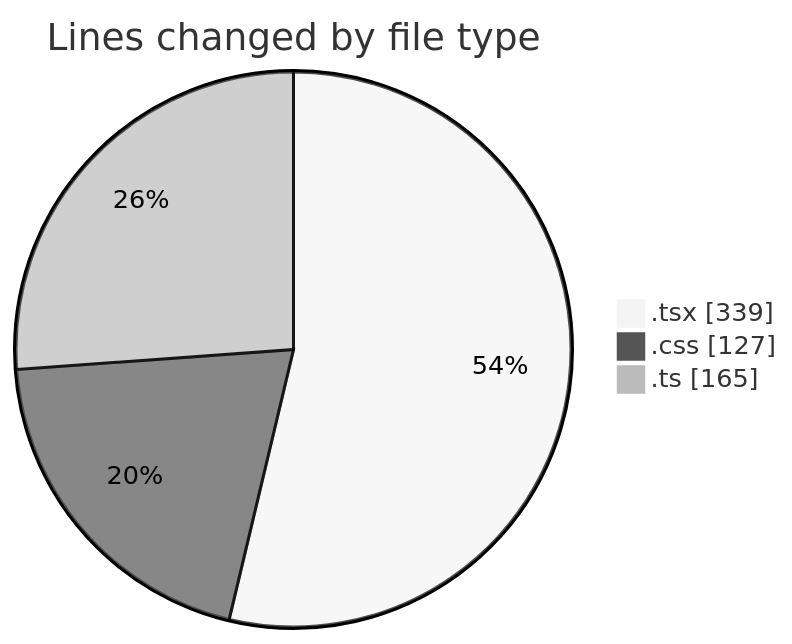
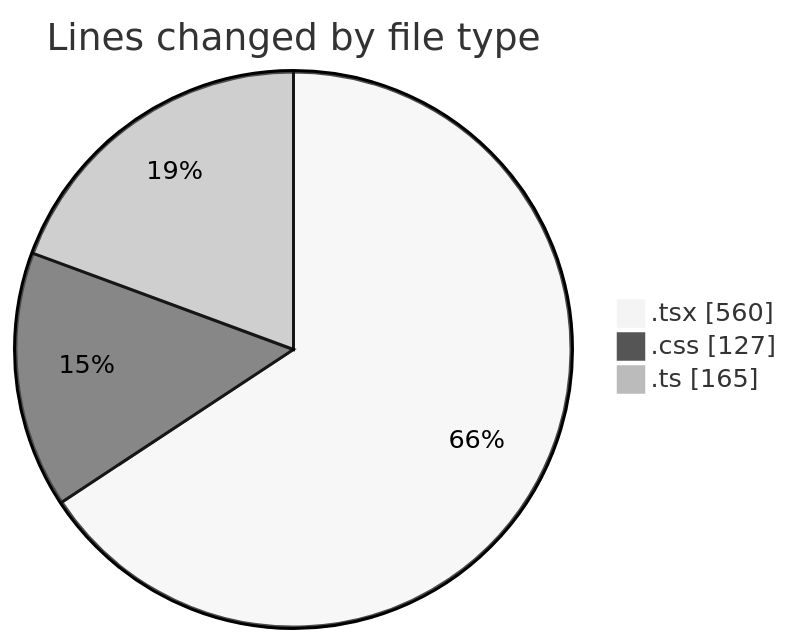
Before and after one commit to robertbonfada/code-tracking: the first of 2 diagrams in 2025-01-09/mbc-web/README.md, drawn with Mermaid (neutral theme). The commit also changed other lines of this file and 1 other file, not shown here.

````diff
--- a/2025-01-09/mbc-web/README.md
+++ b/2025-01-09/mbc-web/README.md
@@ -30,7 +30,7 @@
 ```mermaid
 pie showData
 title Lines changed by file type
-".tsx" : 339
+".tsx" : 560
 ".css" : 127
 ".ts" : 165
 ```
````
